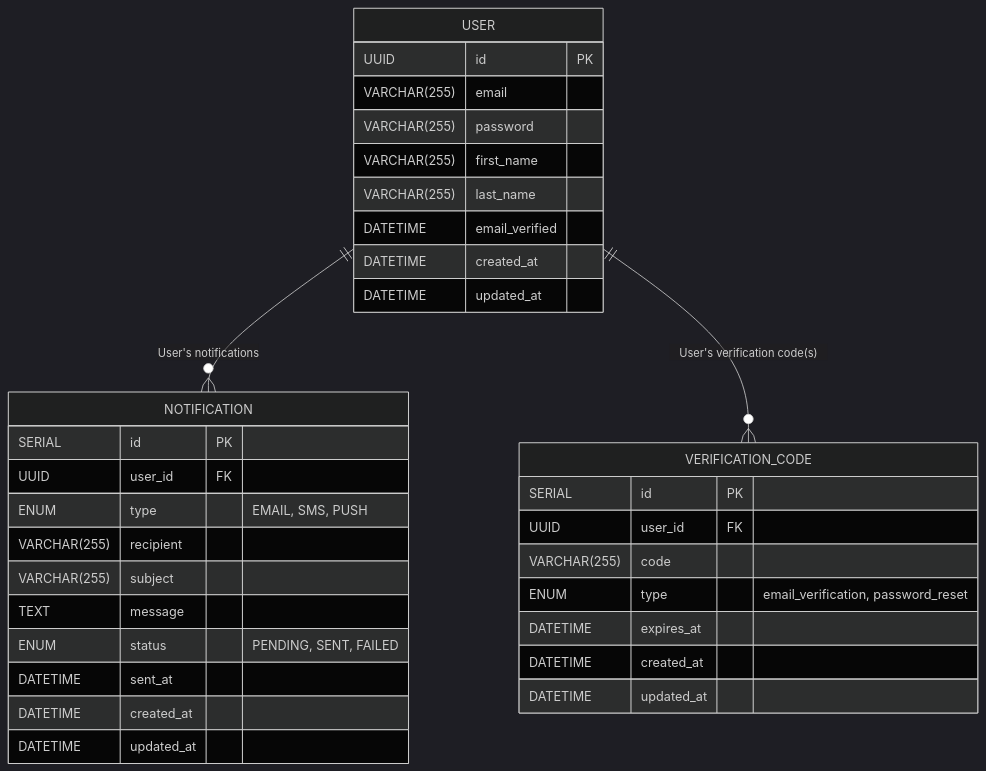
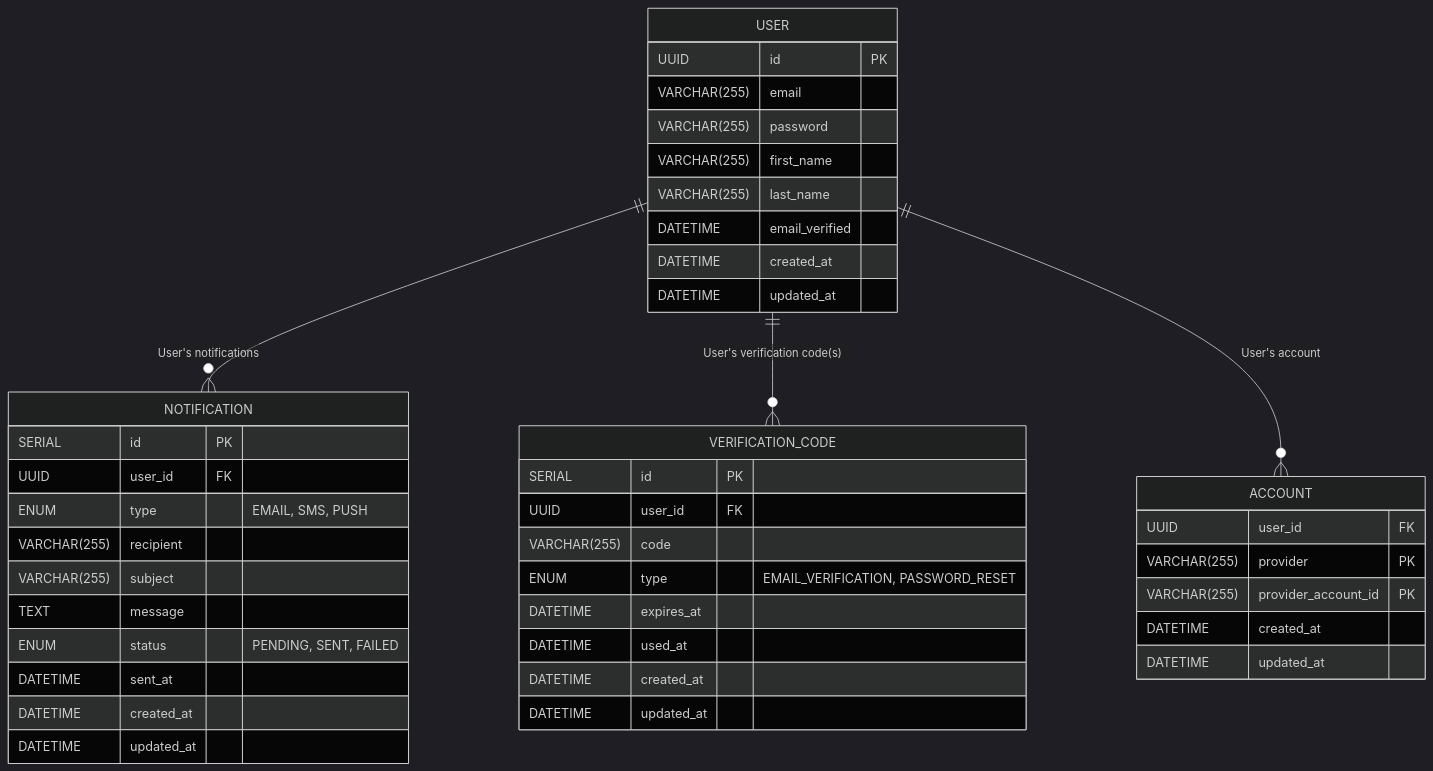
The diagram in app/src/db/README.md (Al-Ghoul/RealEstate-API), drawn with Mermaid before and after one commit.

Commit message:
docs(db): add account table

````diff
--- a/app/src/db/README.md
+++ b/app/src/db/README.md
@@ -5,42 +5,52 @@
 ```mermaid
 %%{init: {'theme':'dark'}}%%
 erDiagram
 
 USER ||--o{ NOTIFICATION : "User's notifications"
 USER ||--o{ VERIFICATION_CODE : "User's verification code(s)"
+USER ||--o{ ACCOUNT : "User's account"
 
 USER {
     UUID id PK
     VARCHAR(255) email
     VARCHAR(255) password
     VARCHAR(255) first_name
     VARCHAR(255) last_name
     DATETIME email_verified
     DATETIME created_at
     DATETIME updated_at
 }
 
 NOTIFICATION {
     SERIAL id PK
     UUID user_id FK
     ENUM type "EMAIL, SMS, PUSH"
     VARCHAR(255) recipient
     VARCHAR(255) subject
     TEXT message
     ENUM status "PENDING, SENT, FAILED"
     DATETIME sent_at
     DATETIME created_at
     DATETIME updated_at
 }
 
 VERIFICATION_CODE {
-  SERIAL id PK
-  UUID user_id FK
-  VARCHAR(255) code
-  ENUM type "email_verification, password_reset"
-  DATETIME expires_at
-  DATETIME created_at
-  DATETIME updated_at
+    SERIAL id PK
+    UUID user_id FK
+    VARCHAR(255) code
+    ENUM type "EMAIL_VERIFICATION, PASSWORD_RESET"
+    DATETIME expires_at
+    DATETIME used_at
+    DATETIME created_at
+    DATETIME updated_at
+}
+
+ACCOUNT {
+    UUID user_id FK
+    VARCHAR(255) provider PK
+    VARCHAR(255) provider_account_id PK
+    DATETIME created_at
+    DATETIME updated_at
 }
 
 ```
````
